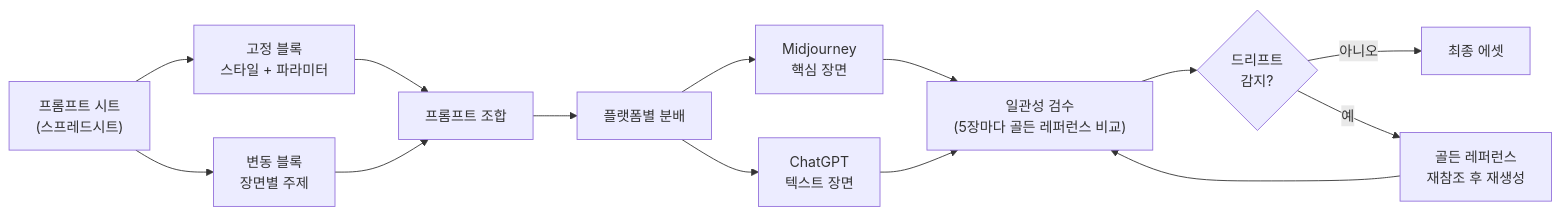
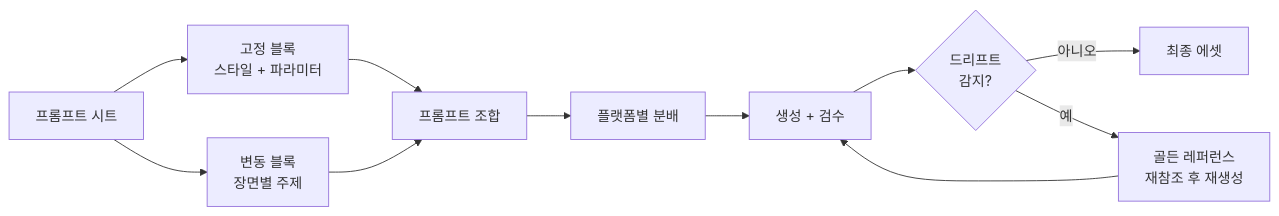
The third of 3 diagrams in 08-ch8-캐릭터브랜드-스타일-일관성-유지/04-04-시리즈-콘텐츠-제작-워크플로우.md (jsonpassion/forge-tutorial-promptcanvas), drawn with Mermaid before and after one commit. The commit also changed other lines of this file and 63 other files, not shown here.

````diff
--- a/08-ch8-캐릭터브랜드-스타일-일관성-유지/04-04-시리즈-콘텐츠-제작-워크플로우.md
+++ b/08-ch8-캐릭터브랜드-스타일-일관성-유지/04-04-시리즈-콘텐츠-제작-워크플로우.md
@@ -198,16 +152,13 @@
 ```mermaid
 flowchart LR
-    A["프롬프트 시트<br/>(스프레드시트)"] --> B["고정 블록<br/>스타일 + 파라미터"]
+    A["프롬프트 시트"] --> B["고정 블록<br/>스타일 + 파라미터"]
     A --> C["변동 블록<br/>장면별 주제"]
     B --> D["프롬프트 조합"]
     C --> D
     D --> E["플랫폼별 분배"]
-    E --> F["Midjourney<br/>핵심 장면"]
-    E --> G["ChatGPT<br/>텍스트 장면"]
-    F --> H["일관성 검수<br/>(5장마다 골든 레퍼런스 비교)"]
-    G --> H
-    H --> I{"드리프트<br/>감지?"}
-    I -->|"아니오"| J["최종 에셋"]
-    I -->|"예"| K["골든 레퍼런스<br/>재참조 후 재생성"]
-    K --> H
+    E --> F["생성 + 검수"]
+    F --> G{"드리프트<br/>감지?"}
+    G -->|"아니오"| H["최종 에셋"]
+    G -->|"예"| I["골든 레퍼런스<br/>재참조 후 재생성"]
+    I --> F
 ```
````
